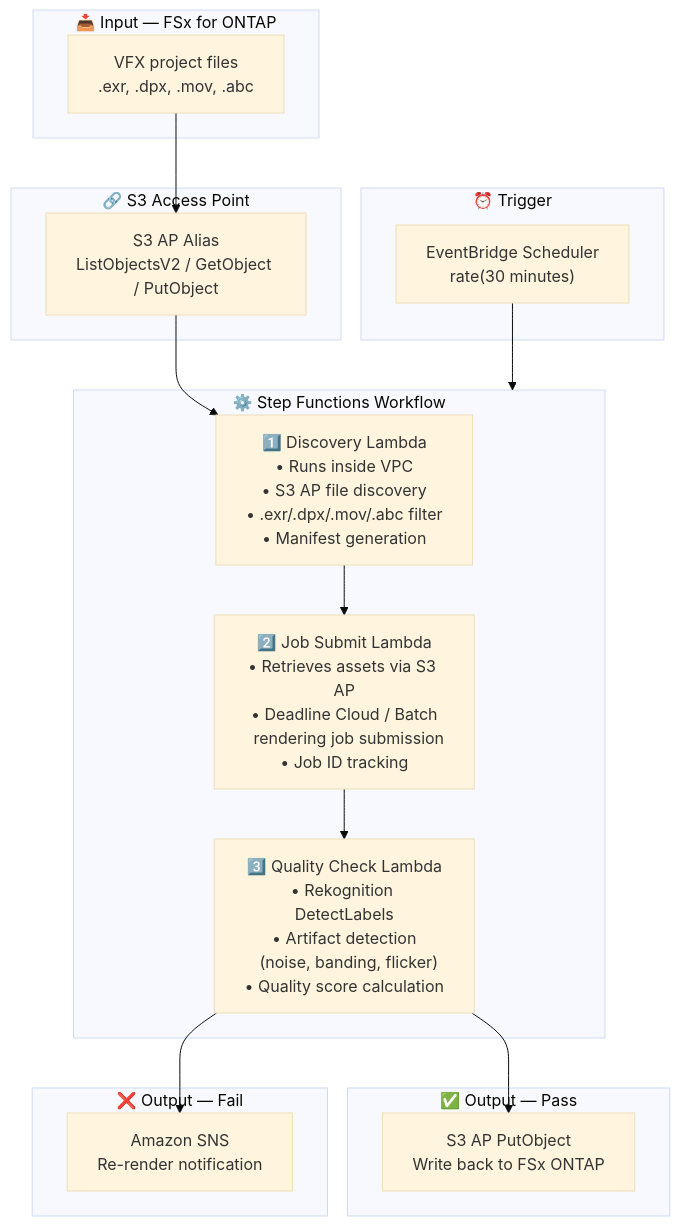
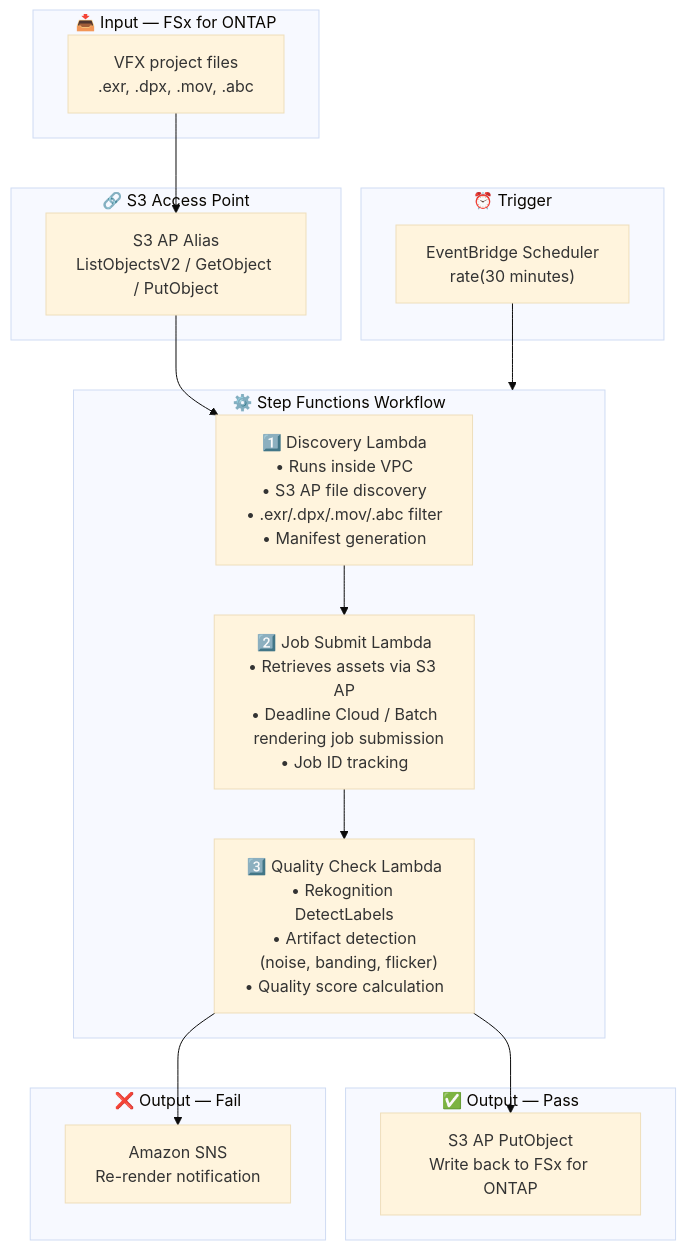
Before and after one commit to Yoshiki0705/FSx-for-ONTAP-S3AccessPoints-Serverless-Patterns: the diagram in media-vfx/docs/architecture.en.md, drawn with Mermaid (base theme). The commit also changed other lines of this file and 752 other files, not shown here.

````diff
--- a/media-vfx/docs/architecture.en.md
+++ b/media-vfx/docs/architecture.en.md
@@ -11,36 +11,36 @@
 ```mermaid
 flowchart TB
     subgraph INPUT["📥 Input — FSx for ONTAP"]
         VFX["VFX project files<br/>.exr, .dpx, .mov, .abc"]
     end
 
     subgraph S3AP["🔗 S3 Access Point"]
         ALIAS["S3 AP Alias<br/>ListObjectsV2 / GetObject / PutObject"]
     end
 
     subgraph TRIGGER["⏰ Trigger"]
         EB["EventBridge Scheduler<br/>rate(30 minutes)"]
     end
 
     subgraph SFN["⚙️ Step Functions Workflow"]
         DISC["1️⃣ Discovery Lambda<br/>• Runs inside VPC<br/>• S3 AP file discovery<br/>• .exr/.dpx/.mov/.abc filter<br/>• Manifest generation"]
         JS["2️⃣ Job Submit Lambda<br/>• Retrieves assets via S3 AP<br/>• Deadline Cloud / Batch<br/>  rendering job submission<br/>• Job ID tracking"]
         QC["3️⃣ Quality Check Lambda<br/>• Rekognition DetectLabels<br/>• Artifact detection<br/>  (noise, banding, flicker)<br/>• Quality score calculation"]
     end
 
     subgraph OUTPUT_PASS["✅ Output — Pass"]
-        PUTBACK["S3 AP PutObject<br/>Write back to FSx ONTAP"]
+        PUTBACK["S3 AP PutObject<br/>Write back to FSx for ONTAP"]
     end
 
     subgraph OUTPUT_FAIL["❌ Output — Fail"]
         SNS["Amazon SNS<br/>Re-render notification"]
     end
 
     VFX --> ALIAS
     ALIAS --> DISC
     EB --> SFN
     DISC --> JS
     JS --> QC
     QC --> PUTBACK
     QC --> SNS
 ```
````
